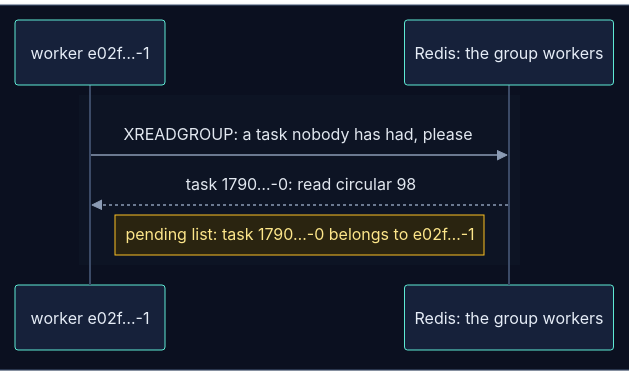
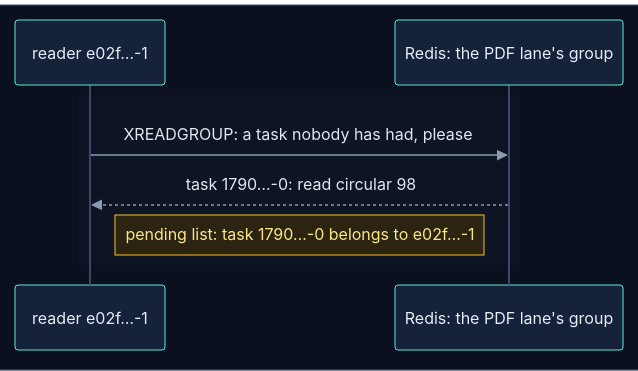
The fifth of 45 diagrams in backend/worker/INTERNALS.md (selvakumarperumal/Regulatory_Circular_Impact_Agent), drawn with Mermaid before and after one commit. The commit also changed other lines of this file and 7 other files, not shown here.

Commit message:
Document the PDF lane and the main lane

````diff
--- a/backend/worker/INTERNALS.md
+++ b/backend/worker/INTERNALS.md
@@ -314,14 +337,14 @@
 ```mermaid
 %%{init: {"theme": "base", "sequence": {"diagramMarginX": 0, "diagramMarginY": 0}, "themeVariables": {"darkMode": true, "primaryColor": "#16213a", "primaryTextColor": "#e6edf7", "primaryBorderColor": "#475a7a", "lineColor": "#8b9bb4", "secondaryColor": "#1b2436", "tertiaryColor": "#101a2e", "edgeLabelBackground": "#0f172a", "textColor": "#e2e8f0", "actorBkg": "#16213a", "actorBorder": "#5eead4", "actorTextColor": "#e6edf7", "actorLineColor": "#3b4a66", "signalColor": "#8b9bb4", "signalTextColor": "#e2e8f0", "noteBkgColor": "#2a2410", "noteBorderColor": "#fbbf24", "noteTextColor": "#fde68a", "labelBoxBkgColor": "#1e293b", "labelBoxBorderColor": "#64748b", "labelTextColor": "#e2e8f0", "loopTextColor": "#c4b5fd", "sequenceNumberColor": "#0b1020", "activationBkgColor": "#1e293b"}}}%%
 sequenceDiagram
     box rgb(11, 16, 32)
-        participant K as worker e02f…-1
-        participant R as Redis: the group workers
+        participant K as reader e02f…-1
+        participant R as Redis: the PDF lane's group
     end
 
     rect rgb(13, 20, 36)
         K->>R: XREADGROUP: a task nobody has had, please
         R-->>K: task 1790…-0: read circular 98
         Note left of R: pending list: task 1790…-0 belongs to e02f…-1
     end
 ```
````
